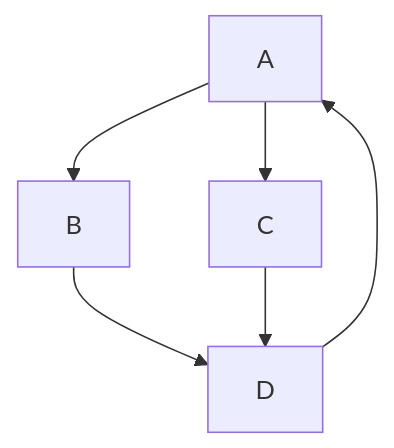
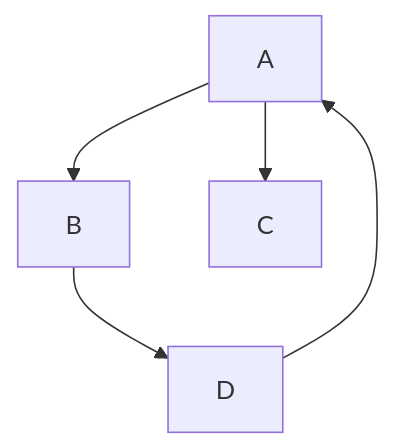
Before and after one commit to Sqm-suks-dont-go/ESP32-Stepper-GoogleHome: the diagram in README.md, drawn with Mermaid.

````diff
--- a/README.md
+++ b/README.md
@@ -51,8 +51,7 @@
 ```mermaid
 graph TD;
 A-->B;
 A-->C;
 B-->D;
 D-->A;
-C-->D;
 ```
````
